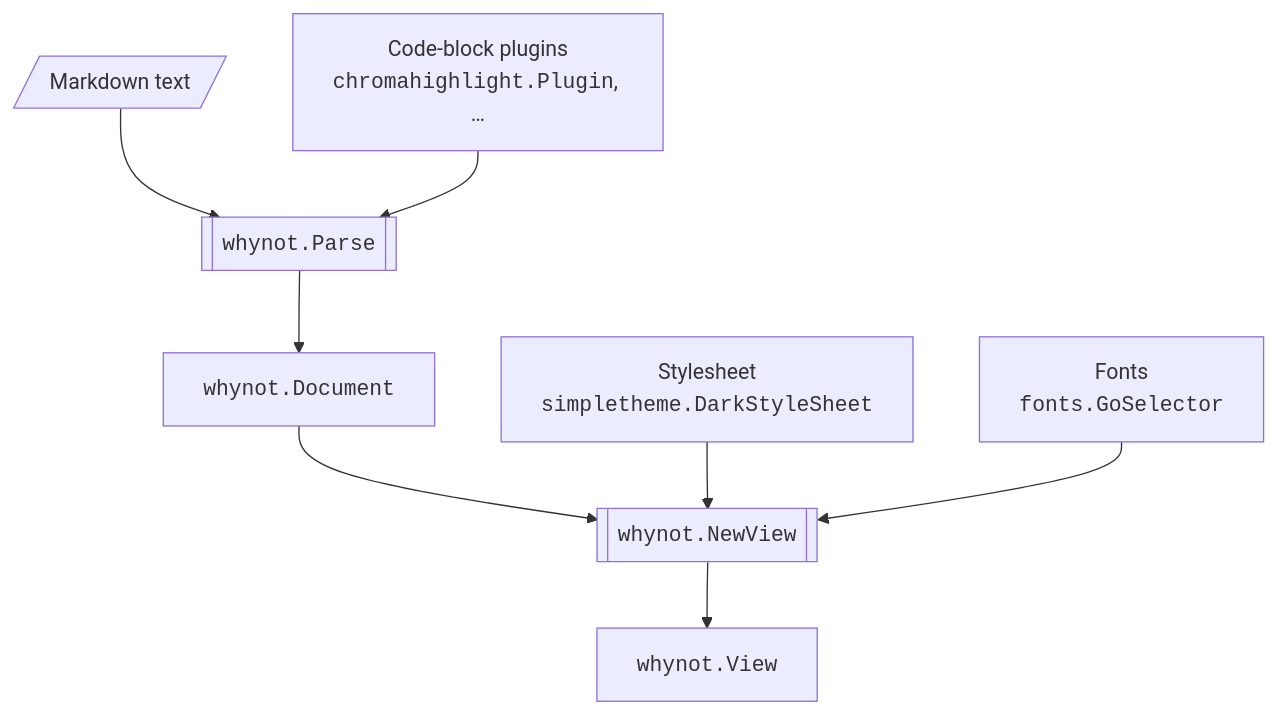
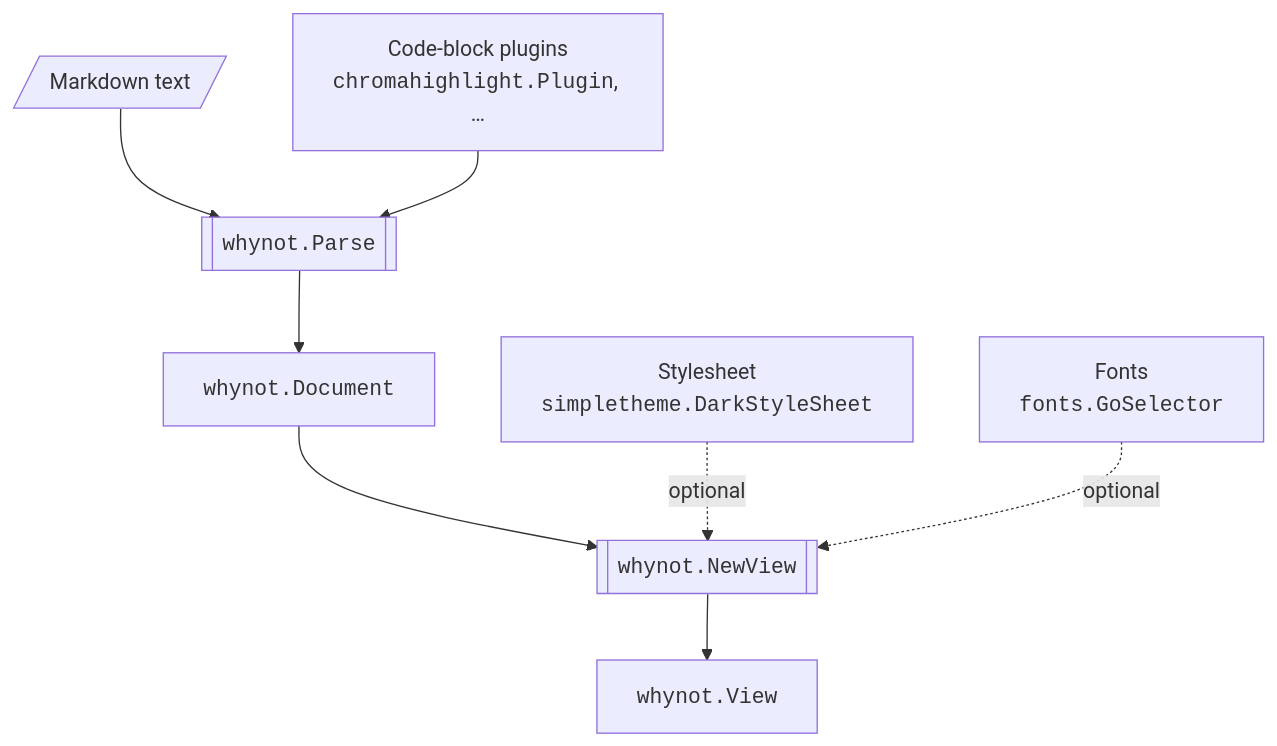
One commit to arnodel/whynot changed the first of 2 diagrams in README.md. Above: the diagram before and after it, drawn with Mermaid. The commit also changed other lines of this file and 25 other files, not shown here.

````diff
--- a/README.md
+++ b/README.md
@@ -284,18 +284,18 @@
 ```mermaid
 flowchart TB
     md[/"Markdown text"/]
     plugins["Code-block plugins<br/><code>chromahighlight.Plugin</code>, …"]
     parse[["<code>whynot.Parse</code>"]]
     doc["<code>whynot.Document</code>"]
     sheet["Stylesheet<br/><code>simpletheme.DarkStyleSheet</code>"]
     fonts["Fonts<br/><code>fonts.GoSelector</code>"]
     newview[["<code>whynot.NewView</code>"]]
     view["<code>whynot.View</code>"]
     md --> parse
     plugins --> parse
     parse --> doc
     doc --> newview
-    sheet --> newview
-    fonts --> newview
+    sheet -. optional .-> newview
+    fonts -. optional .-> newview
     newview --> view
 ```
````
